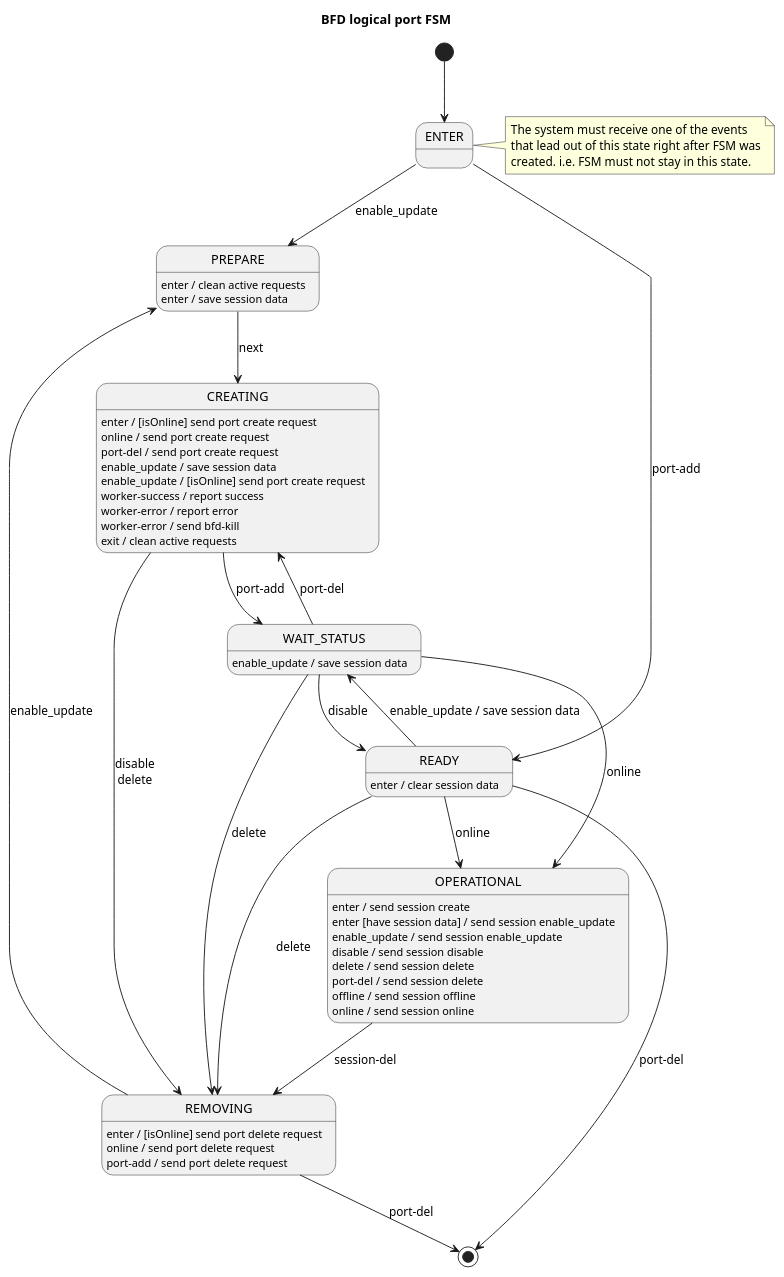
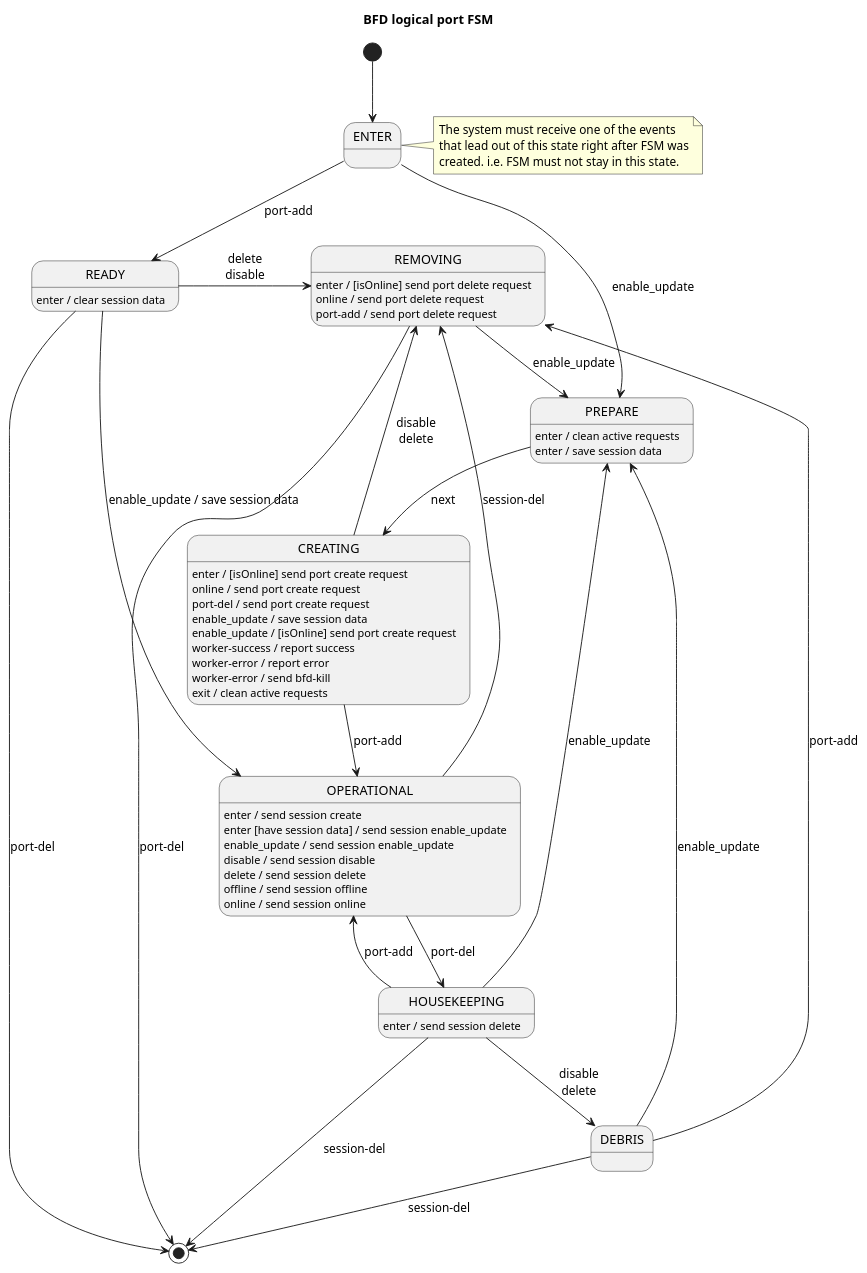
The diagram in docs/design/network-discovery/bfd-logical-port-FSM.puml (surabujin/open-kilda), drawn with PlantUML before and after one commit. The commit also changed 5 other files, not shown here.

```diff
--- a/docs/design/network-discovery/bfd-logical-port-FSM.puml
+++ b/docs/design/network-discovery/bfd-logical-port-FSM.puml
@@ -16,57 +16,61 @@
 @startuml
 title BFD logical port FSM
 
 [*] --> ENTER
 note right of ENTER
     The system must receive one of the events
     that lead out of this state right after FSM was
     created. i.e. FSM must not stay in this state.
 end note
 
 ENTER --> PREPARE : enable_update
 ENTER --> READY : port-add
 
 PREPARE --> CREATING : next
 PREPARE: enter / clean active requests
 PREPARE: enter / save session data
 
-READY --> OPERATIONAL : online
-READY --> WAIT_STATUS : enable_update / save session data
-READY --> REMOVING : delete
+READY --> OPERATIONAL : enable_update / save session data
+READY -> REMOVING : delete\ndisable
 READY --> [*] : port-del
 READY : enter / clear session data
 
-CREATING --> WAIT_STATUS : port-add
+CREATING --> OPERATIONAL : port-add
 CREATING --> REMOVING : disable\ndelete
 CREATING: enter / [isOnline] send port create request
 CREATING: online / send port create request
 CREATING: port-del / send port create request
 CREATING: enable_update / save session data
 CREATING: enable_update / [isOnline] send port create request
 CREATING: worker-success / report success
 CREATING: worker-error / report error
 CREATING: worker-error / send bfd-kill
 CREATING: exit / clean active requests
 
-WAIT_STATUS --> CREATING : port-del
-WAIT_STATUS --> OPERATIONAL : online
-WAIT_STATUS --> READY : disable
-WAIT_STATUS --> REMOVING : delete
-WAIT_STATUS : enable_update / save session data
-
 OPERATIONAL --> REMOVING : session-del
+OPERATIONAL --> HOUSEKEEPING : port-del
 OPERATIONAL: enter / send session create
 OPERATIONAL: enter [have session data] / send session enable_update
 OPERATIONAL: enable_update / send session enable_update
 OPERATIONAL: disable / send session disable
 OPERATIONAL: delete / send session delete
-OPERATIONAL: port-del / send session delete
 OPERATIONAL: offline / send session offline
 OPERATIONAL: online / send session online
 
 REMOVING --> PREPARE : enable_update
 REMOVING --> [*] : port-del
 REMOVING: enter / [isOnline] send port delete request
 REMOVING: online / send port delete request
 REMOVING: port-add / send port delete request
+
+HOUSEKEEPING --> OPERATIONAL : port-add
+HOUSEKEEPING --> [*] : session-del
+HOUSEKEEPING --> PREPARE : enable_update
+HOUSEKEEPING --> DEBRIS : disable\ndelete
+HOUSEKEEPING : enter / send session delete
+
+DEBRIS --> [*] : session-del
+DEBRIS --> REMOVING : port-add
+DEBRIS --> PREPARE : enable_update
+
 @enduml
```
